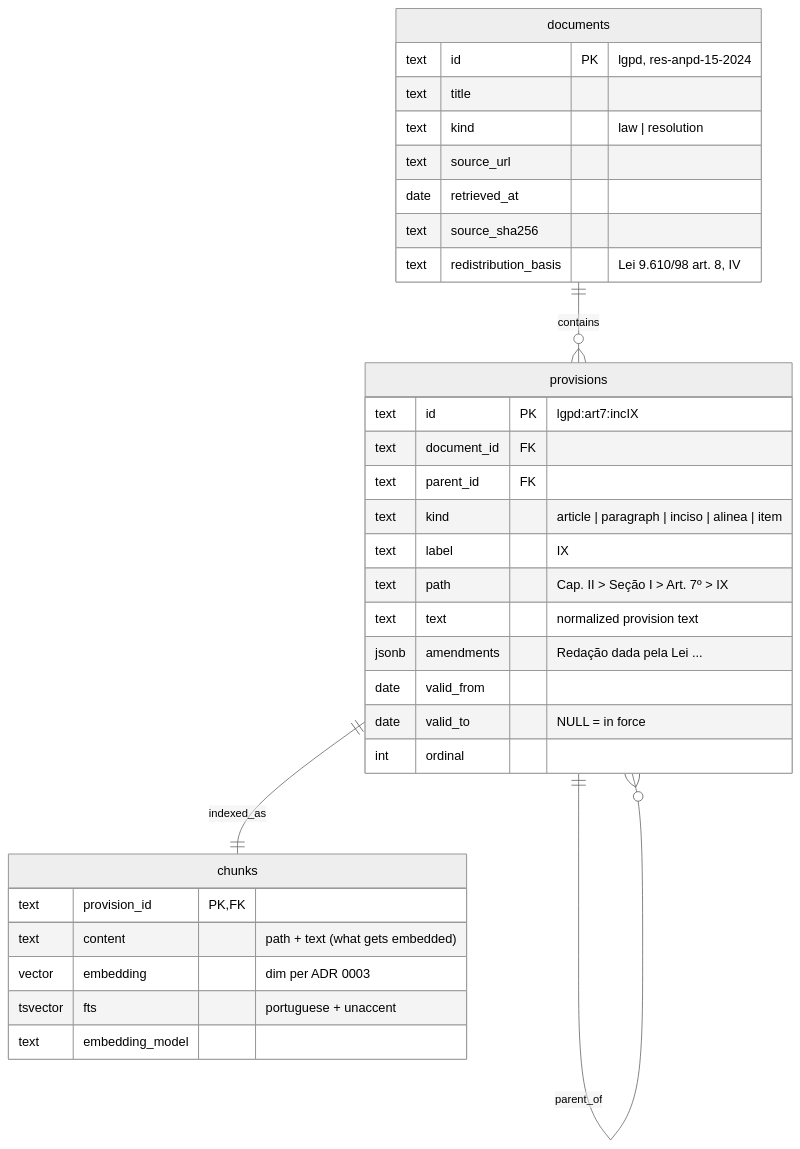
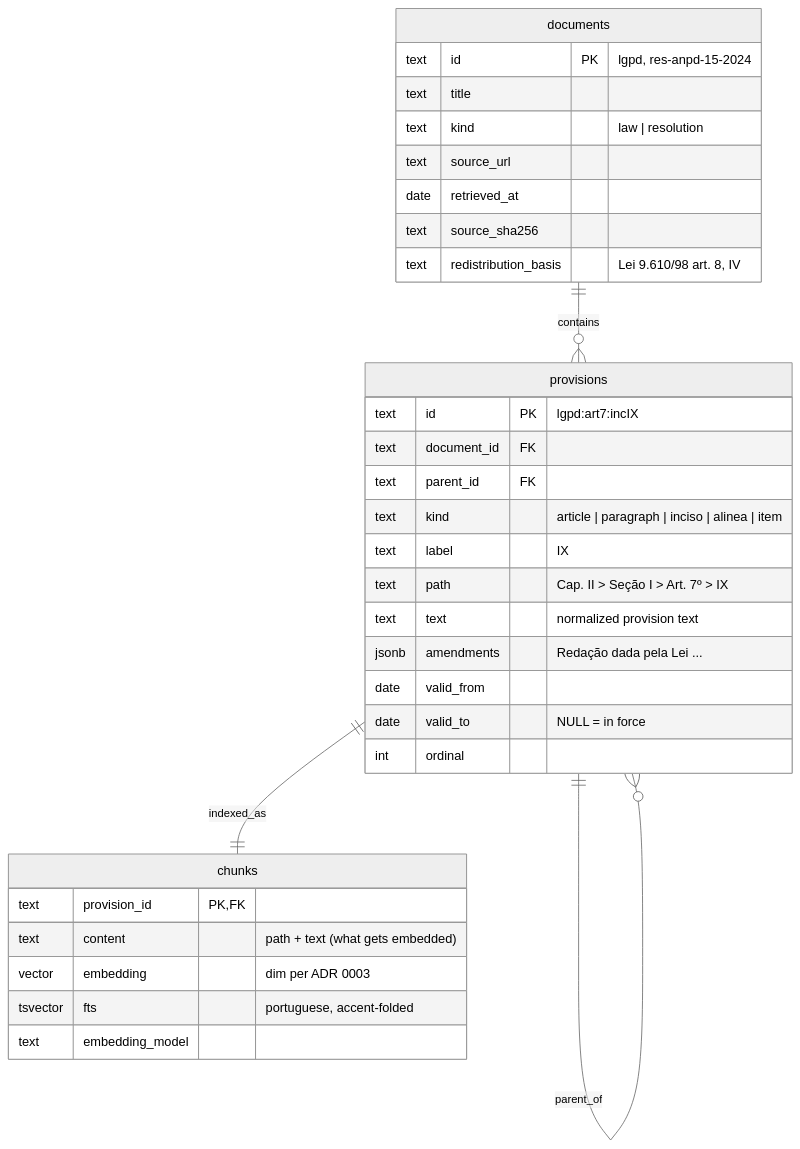
The fourth of 4 diagrams in docs/ARCHITECTURE.md (lucianocf/base-legal), drawn with Mermaid (neutral theme) before and after one commit. The commit also changed 1 other file, not shown here.

Commit message:
docs: record accent folding in Python instead of unaccent
Claude-Session: https://claude.ai/code/session_01JGaW7f5Hqg26To5NjH6xVN

````diff
--- a/docs/ARCHITECTURE.md
+++ b/docs/ARCHITECTURE.md
@@ -186,36 +186,36 @@
 ```mermaid
 erDiagram
     documents ||--o{ provisions : contains
     provisions ||--o{ provisions : parent_of
     provisions ||--|| chunks : indexed_as
 
     documents {
         text id PK "lgpd, res-anpd-15-2024"
         text title
         text kind "law | resolution"
         text source_url
         date retrieved_at
         text source_sha256
         text redistribution_basis "Lei 9.610/98 art. 8, IV"
     }
     provisions {
         text id PK "lgpd:art7:incIX"
         text document_id FK
         text parent_id FK
         text kind "article | paragraph | inciso | alinea | item"
         text label "IX"
         text path "Cap. II > Seção I > Art. 7º > IX"
         text text "normalized provision text"
         jsonb amendments "Redação dada pela Lei ..."
         date valid_from
         date valid_to "NULL = in force"
         int ordinal
     }
     chunks {
         text provision_id PK,FK
         text content "path + text (what gets embedded)"
         vector embedding "dim per ADR 0003"
-        tsvector fts "portuguese + unaccent"
+        tsvector fts "portuguese, accent-folded"
         text embedding_model
     }
 ```
````
